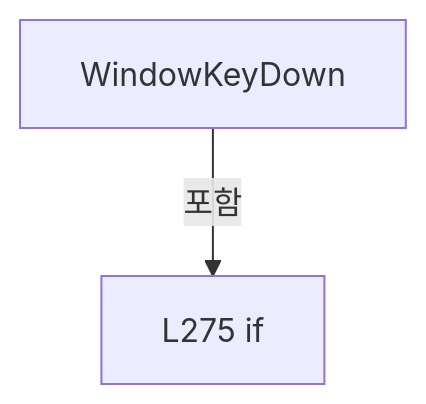
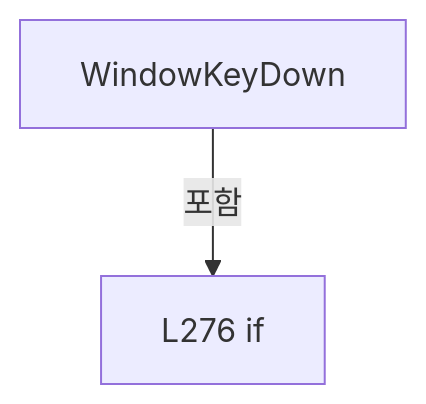
Before and after one commit to kjuws10-rgb/Shared: the ninth of 9 diagrams in A3 LD Code Ref/files/Drilling.UI/Popup/CShiftOffsetDialog.xaml.cs.md, drawn with Mermaid. The commit also changed other lines of this file and 1984 other files, not shown here.

Commit message:
docs(a3): update 11.17.0 architecture and complete code reference

````diff
--- a/A3 LD Code Ref/files/Drilling.UI/Popup/CShiftOffsetDialog.xaml.cs.md
+++ b/A3 LD Code Ref/files/Drilling.UI/Popup/CShiftOffsetDialog.xaml.cs.md
@@ -1184,6 +1205,6 @@
 ```mermaid
 flowchart TD
  M["WindowKeyDown"]
- N0["L275 if"]
+ N0["L276 if"]
  M -->|포함| N0
 ```
````
